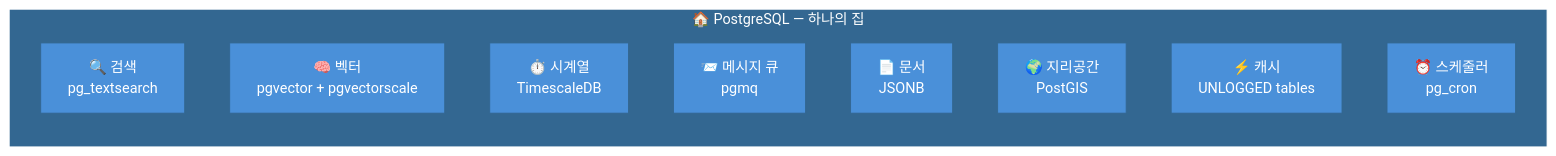
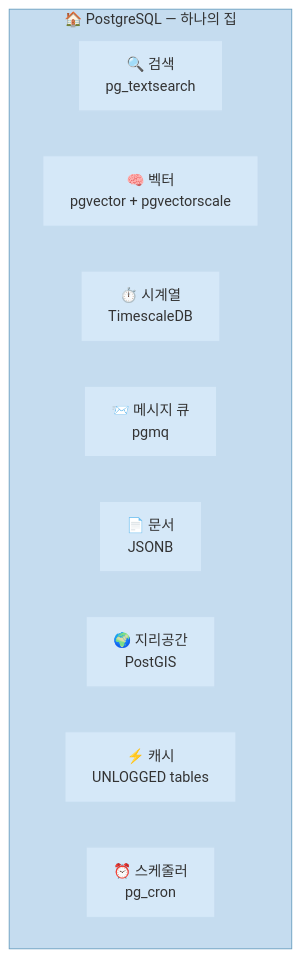
Before and after one commit to gyuha/blog: the first of 8 diagrams in content/post/2026/2026-03-08-just-use-postgres-2026.md, drawn with Mermaid. The commit also changed other lines of this file and 1 other file, not shown here.

````diff
--- a/content/post/2026/2026-03-08-just-use-postgres-2026.md
+++ b/content/post/2026/2026-03-08-just-use-postgres-2026.md
@@ -38,19 +38,19 @@
 ```mermaid
 flowchart TD
     subgraph House["🏠 PostgreSQL — 하나의 집"]
-        direction TB
+        direction LR
         A["🔍 검색<br>pg_textsearch"]
         B["🧠 벡터<br>pgvector + pgvectorscale"]
         C["⏱️ 시계열<br>TimescaleDB"]
         D["📨 메시지 큐<br>pgmq"]
         E["📄 문서<br>JSONB"]
         F["🌍 지리공간<br>PostGIS"]
         G["⚡ 캐시<br>UNLOGGED tables"]
         H["⏰ 스케줄러<br>pg_cron"]
     end
 
-    classDef house fill:#336791,color:#fff,stroke:#fff
-    classDef room fill:#4a90d9,color:#fff,stroke:#336791
+    classDef house fill:#c5dcef,color:#333,stroke:#6a9fc0
+    classDef room fill:#d5e8f8,color:#333,stroke:#c5dcef
     class House house
     class A,B,C,D,E,F,G,H room
 ```
````
